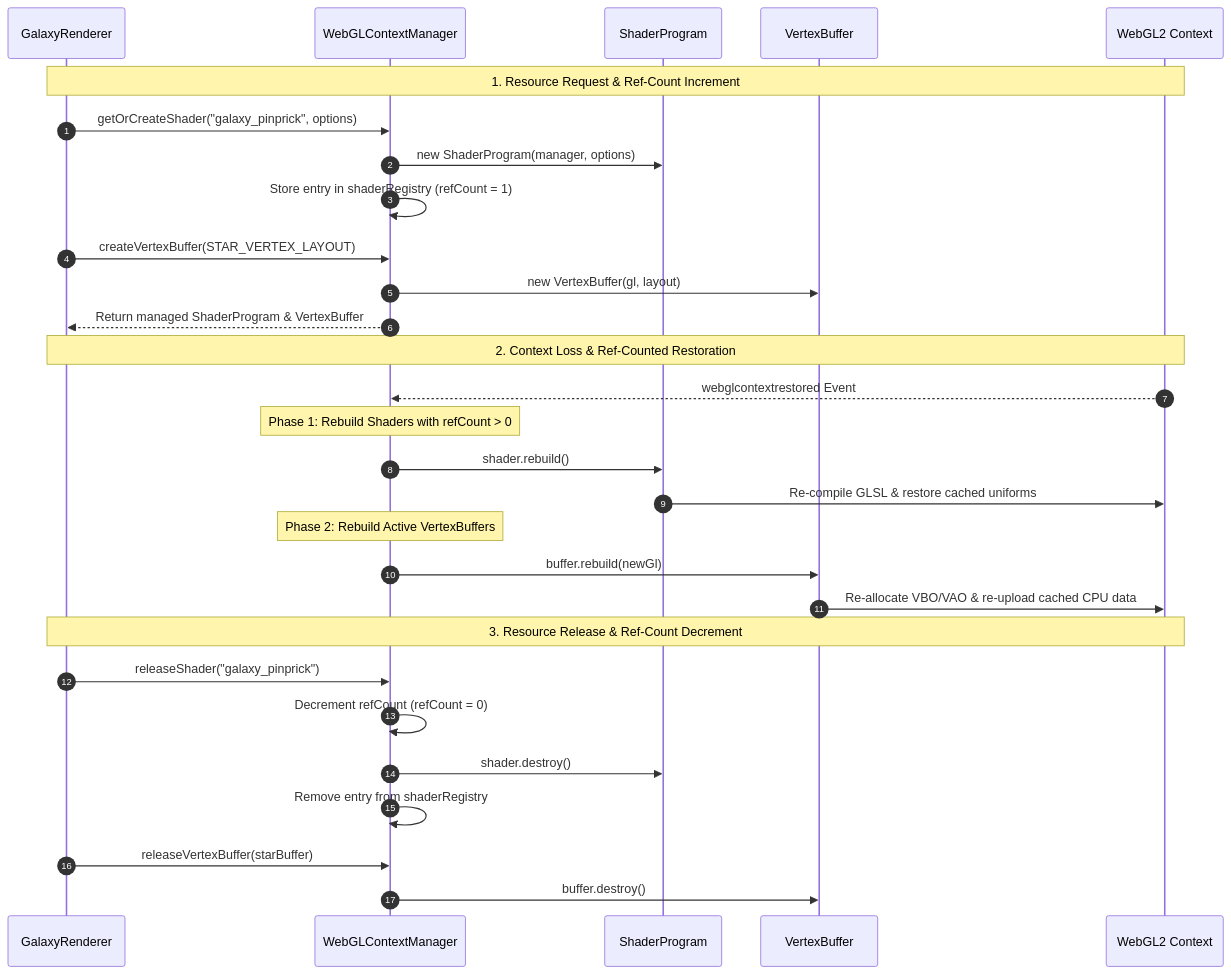
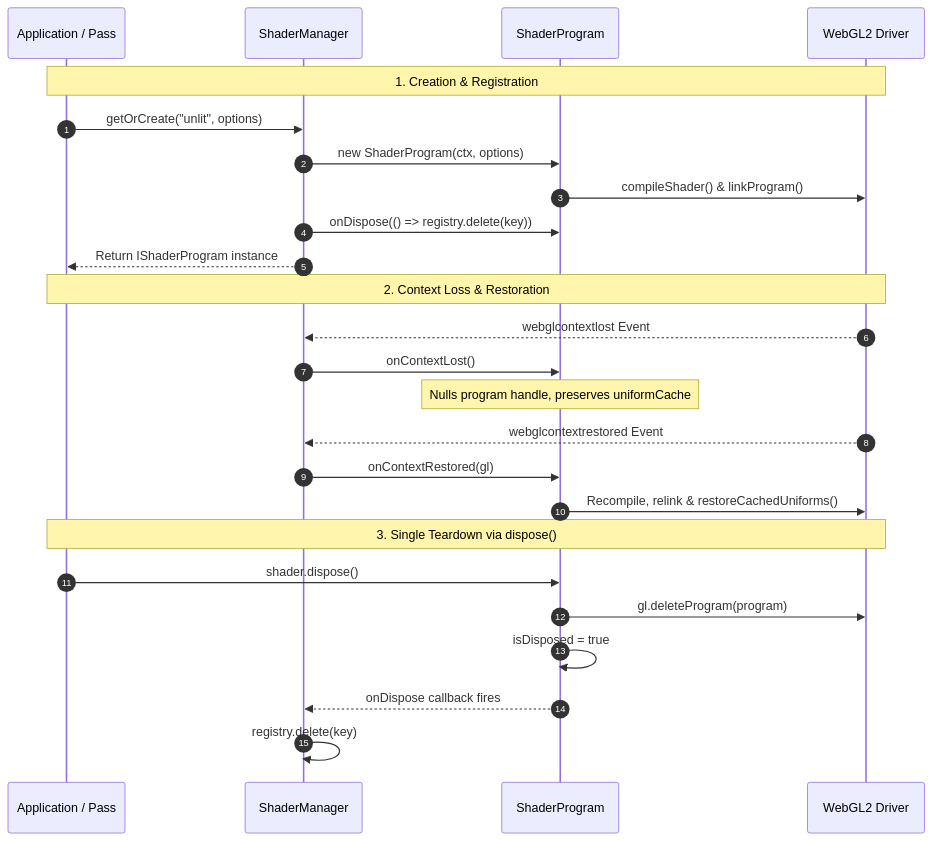
Before and after one commit to ReeseJones/website_reesedrjones: the diagram in src/webgl/shaders/shader_program_design.md, drawn with Mermaid. The commit also changed other lines of this file and 50 other files, not shown here.

````diff
--- a/src/webgl/shaders/shader_program_design.md
+++ b/src/webgl/shaders/shader_program_design.md
@@ -36,34 +64,30 @@
 ```mermaid
 sequenceDiagram
     autonumber
-    participant Renderer as GalaxyRenderer
-    participant Manager as WebGLContextManager
+    participant Caller as Application / Pass
+    participant Manager as ShaderManager
     participant Shader as ShaderProgram
-    participant Buffer as VertexBuffer
-    participant GPU as WebGL2 Context
+    participant GPU as WebGL2 Driver
 
-    Note over Renderer, GPU: 1. Resource Request & Ref-Count Increment
-    Renderer->>Manager: getOrCreateShader("galaxy_pinprick", options)
-    Manager->>Shader: new ShaderProgram(manager, options)
-    Manager->>Manager: Store entry in shaderRegistry (refCount = 1)
-    Renderer->>Manager: createVertexBuffer(STAR_VERTEX_LAYOUT)
-    Manager->>Buffer: new VertexBuffer(gl, layout)
-    Manager-->>Renderer: Return managed ShaderProgram & VertexBuffer
+    Note over Caller, GPU: 1. Creation & Registration
+    Caller->>Manager: getOrCreate("unlit", options)
+    Manager->>Shader: new ShaderProgram(ctx, options)
+    Shader->>GPU: compileShader() & linkProgram()
+    Manager->>Shader: onDispose(() => registry.delete(key))
+    Manager-->>Caller: Return IShaderProgram instance
 
-    Note over Renderer, GPU: 2. Context Loss & Ref-Counted Restoration
+    Note over Caller, GPU: 2. Context Loss & Restoration
+    GPU-->>Manager: webglcontextlost Event
+    Manager->>Shader: onContextLost()
+    Note over Shader: Nulls program handle, preserves uniformCache
     GPU-->>Manager: webglcontextrestored Event
-    Note over Manager: Phase 1: Rebuild Shaders with refCount > 0
-    Manager->>Shader: shader.rebuild()
-    Shader->>GPU: Re-compile GLSL & restore cached uniforms
-    Note over Manager: Phase 2: Rebuild Active VertexBuffers
-    Manager->>Buffer: buffer.rebuild(newGl)
-    Buffer->>GPU: Re-allocate VBO/VAO & re-upload cached CPU data
+    Manager->>Shader: onContextRestored(gl)
+    Shader->>GPU: Recompile, relink & restoreCachedUniforms()
 
-    Note over Renderer, GPU: 3. Resource Release & Ref-Count Decrement
-    Renderer->>Manager: releaseShader("galaxy_pinprick")
-    Manager->>Manager: Decrement refCount (refCount = 0)
-    Manager->>Shader: shader.destroy()
-    Manager->>Manager: Remove entry from shaderRegistry
-    Renderer->>Manager: releaseVertexBuffer(starBuffer)
-    Manager->>Buffer: buffer.destroy()
+    Note over Caller, GPU: 3. Single Teardown via dispose()
+    Caller->>Shader: shader.dispose()
+    Shader->>GPU: gl.deleteProgram(program)
+    Shader->>Shader: isDisposed = true
+    Shader-->>Manager: onDispose callback fires
+    Manager->>Manager: registry.delete(key)
 ```
````
